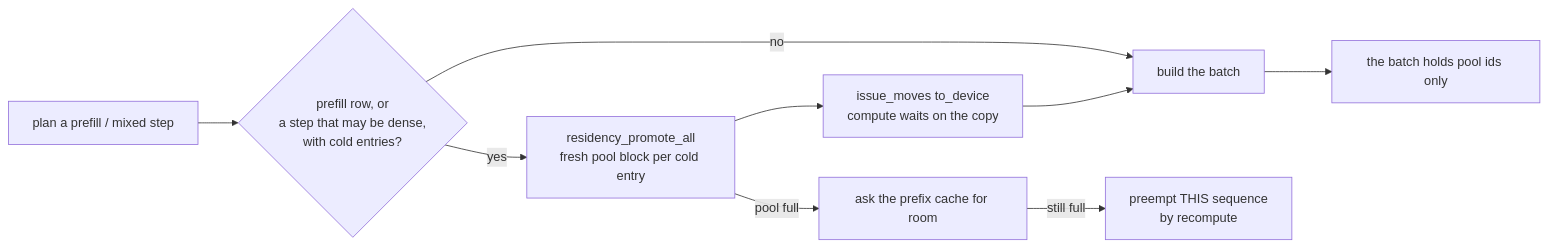
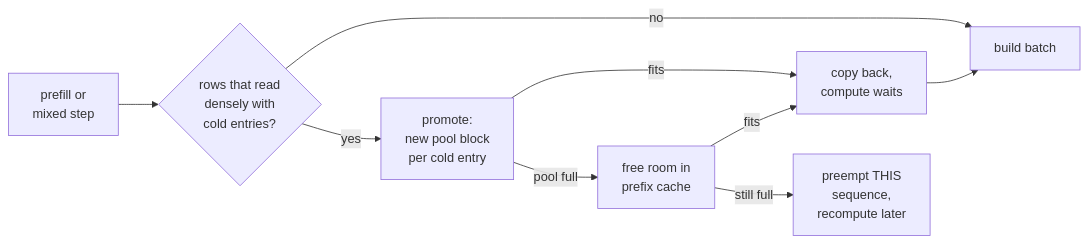
The first of 2 diagrams in README.md (Code000-211/RadianceMemory), drawn with Mermaid before and after one commit. The commit also changed other lines of this file and 5 other files, not shown here.

First line of the commit message:
README: paper figures instead of ASCII diagrams, shorter and scannable text

````diff
--- a/README.md
+++ b/README.md
@@ -314,11 +270,11 @@
 ```mermaid
 flowchart LR
-    A[plan a prefill / mixed step] --> B{prefill row, or<br/>a step that may be dense,<br/>with cold entries?}
-    B -- no --> E[build the batch]
-    B -- yes --> C[residency_promote_all<br/>fresh pool block per cold entry]
-    C -->|pool full| P[ask the prefix cache for room]
-    P -->|still full| Q[preempt THIS sequence<br/>by recompute]
-    C --> D[issue_moves to_device<br/>compute waits on the copy]
+    A[prefill or<br/>mixed step] --> B{rows that read<br/>densely with<br/>cold entries?}
+    B -- no --> E[build batch]
+    B -- yes --> C[promote:<br/>new pool block<br/>per cold entry]
+    C -- fits --> D[copy back,<br/>compute waits]
     D --> E
-    E --> F[the batch holds pool ids only]
+    C -- pool full --> P[free room in<br/>prefix cache]
+    P -- fits --> D
+    P -- still full --> Q[preempt THIS<br/>sequence,<br/>recompute later]
 ```
````
